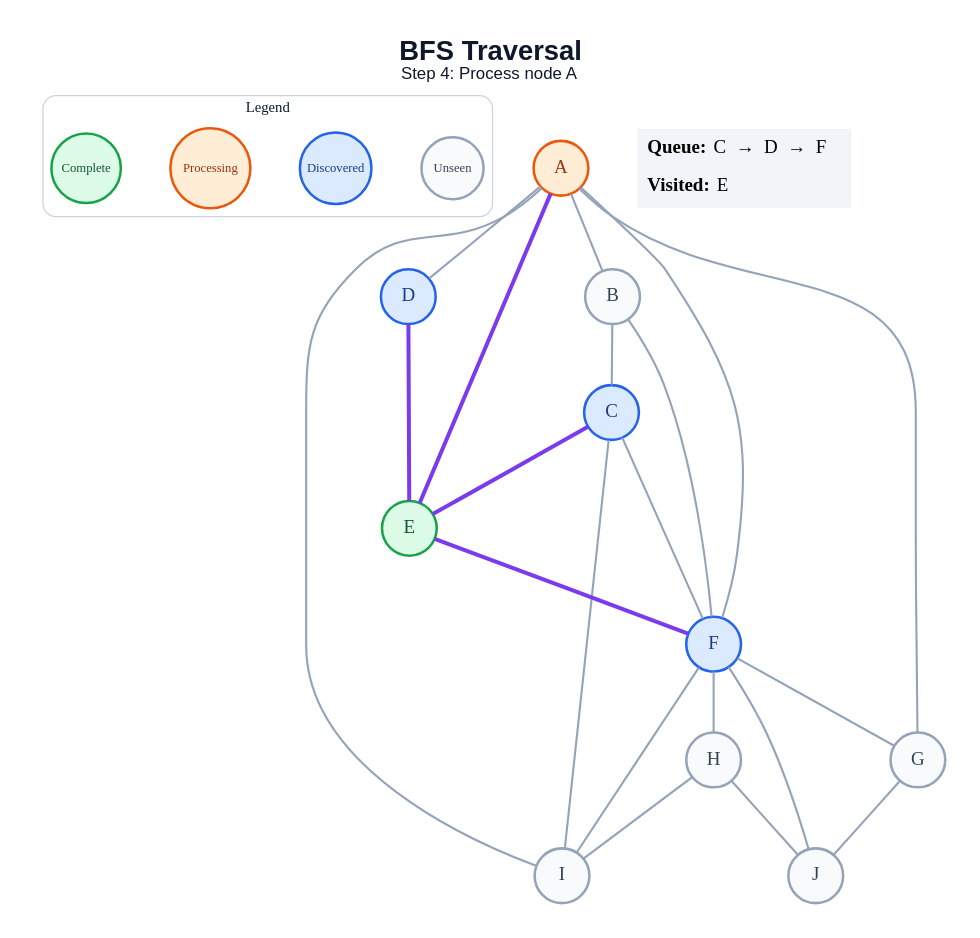
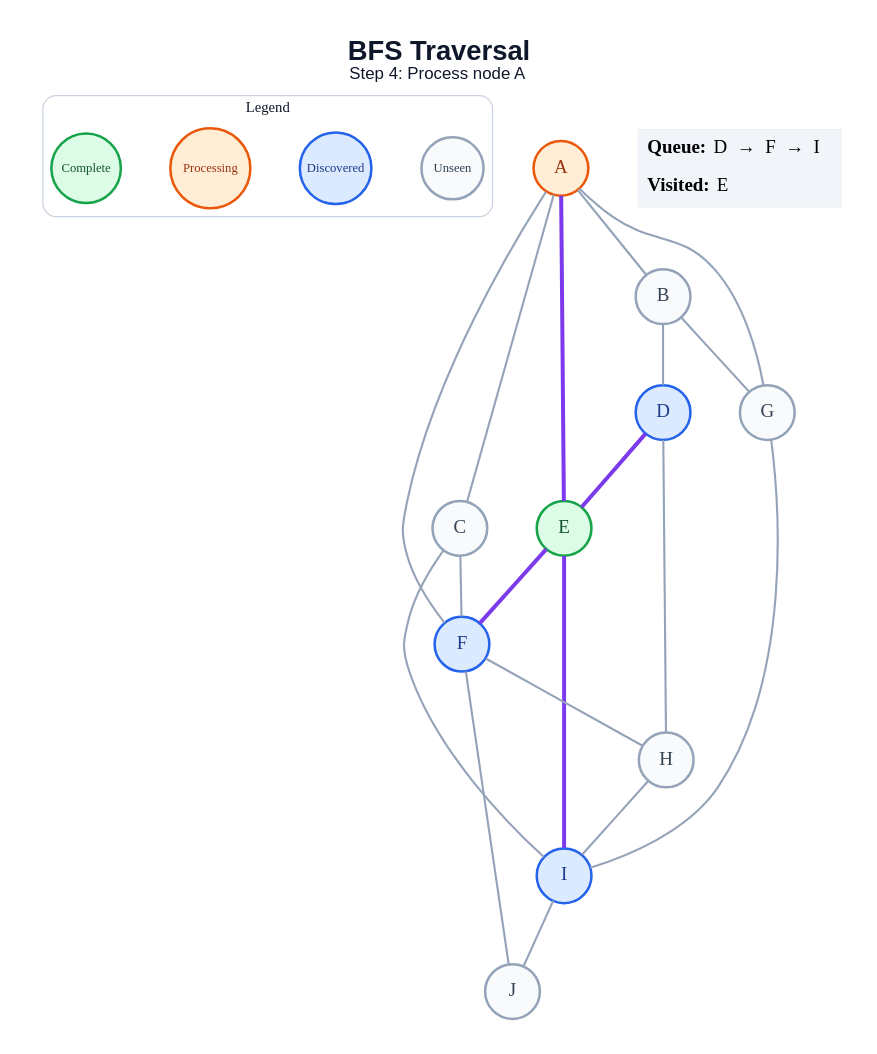
Before and after one commit to amanghodawala9/ai-slop: the diagram in generated/specific-node/bfs/step_04.dot, drawn with Graphviz. The commit also changed 178 other files, not shown here.

```diff
--- a/generated/specific-node/bfs/step_04.dot
+++ b/generated/specific-node/bfs/step_04.dot
@@ -1,49 +1,47 @@
 graph traversal {
   graph [layout=dot, rankdir=TB, bgcolor="#FFFFFF", pad="0.35", nodesep="0.65", ranksep="0.8", fontname="Arial"];
   node [shape=circle, style="filled", fontname="Arial Bold", fontsize=18, width=0.72, fixedsize=true, penwidth=2.4];
   edge [color="#94A3B8", penwidth=2.0];
   label=<<B>BFS Traversal</B><BR/><FONT POINT-SIZE="16">Step 4: Process node A</FONT>>; labelloc="t"; fontsize=26; fontname="Arial"; fontcolor="#0F172A";
   subgraph cluster_legend { label="Legend"; color="#CBD5E1"; penwidth=1.2; style="rounded"; fontsize=14; fontname="Arial Bold";
     key_unseen [label="Unseen", fillcolor="#F8FAFC", color="#94A3B8", fontcolor="#334155", fontsize=12, width=0.82];
     key_frontier [label="Discovered", fillcolor="#DBEAFE", color="#2563EB", fontcolor="#1E3A8A", fontsize=12, width=0.95];
     key_current [label="Processing", fillcolor="#FFEDD5", color="#EA580C", fontcolor="#9A3412", fontsize=12, width=1.05];
     key_done [label="Complete", fillcolor="#DCFCE7", color="#16A34A", fontcolor="#14532D", fontsize=12, width=0.92];
     { rank=same; key_unseen; key_frontier; key_current; key_done; }
   }
   A [fillcolor="#FFEDD5", color="#EA580C", fontcolor="#9A3412"];
   B [fillcolor="#F8FAFC", color="#94A3B8", fontcolor="#334155"];
-  C [fillcolor="#DBEAFE", color="#2563EB", fontcolor="#1E3A8A"];
+  C [fillcolor="#F8FAFC", color="#94A3B8", fontcolor="#334155"];
   D [fillcolor="#DBEAFE", color="#2563EB", fontcolor="#1E3A8A"];
   E [fillcolor="#DCFCE7", color="#16A34A", fontcolor="#14532D"];
   F [fillcolor="#DBEAFE", color="#2563EB", fontcolor="#1E3A8A"];
   G [fillcolor="#F8FAFC", color="#94A3B8", fontcolor="#334155"];
   H [fillcolor="#F8FAFC", color="#94A3B8", fontcolor="#334155"];
-  I [fillcolor="#F8FAFC", color="#94A3B8", fontcolor="#334155"];
+  I [fillcolor="#DBEAFE", color="#2563EB", fontcolor="#1E3A8A"];
   J [fillcolor="#F8FAFC", color="#94A3B8", fontcolor="#334155"];
   A -- B;
-  A -- D;
+  A -- C;
   A -- E [color="#7C3AED", penwidth=3.8];
   A -- F;
   A -- G;
-  A -- I;
-  B -- C;
-  B -- F;
-  C -- E [color="#7C3AED", penwidth=3.8];
+  B -- D;
+  B -- G;
   C -- F;
   C -- I;
   D -- E [color="#7C3AED", penwidth=3.8];
+  D -- H;
   E -- F [color="#7C3AED", penwidth=3.8];
-  F -- G;
+  E -- I [color="#7C3AED", penwidth=3.8];
   F -- H;
-  F -- I;
   F -- J;
-  G -- J;
+  G -- I;
   H -- I;
-  H -- J;
+  I -- J;
   status [shape=plain, fixedsize=false, width=0, height=0, margin=0, label=<
     <TABLE BORDER="0" CELLBORDER="0" CELLPADDING="7" BGCOLOR="#F1F5F9">
-      <TR><TD ALIGN="LEFT"><B>Queue:</B> C  →  D  →  F</TD></TR>
+      <TR><TD ALIGN="LEFT"><B>Queue:</B> D  →  F  →  I</TD></TR>
       <TR><TD ALIGN="LEFT"><B>Visited:</B> E</TD></TR>
     </TABLE>
   >];
 }
```
